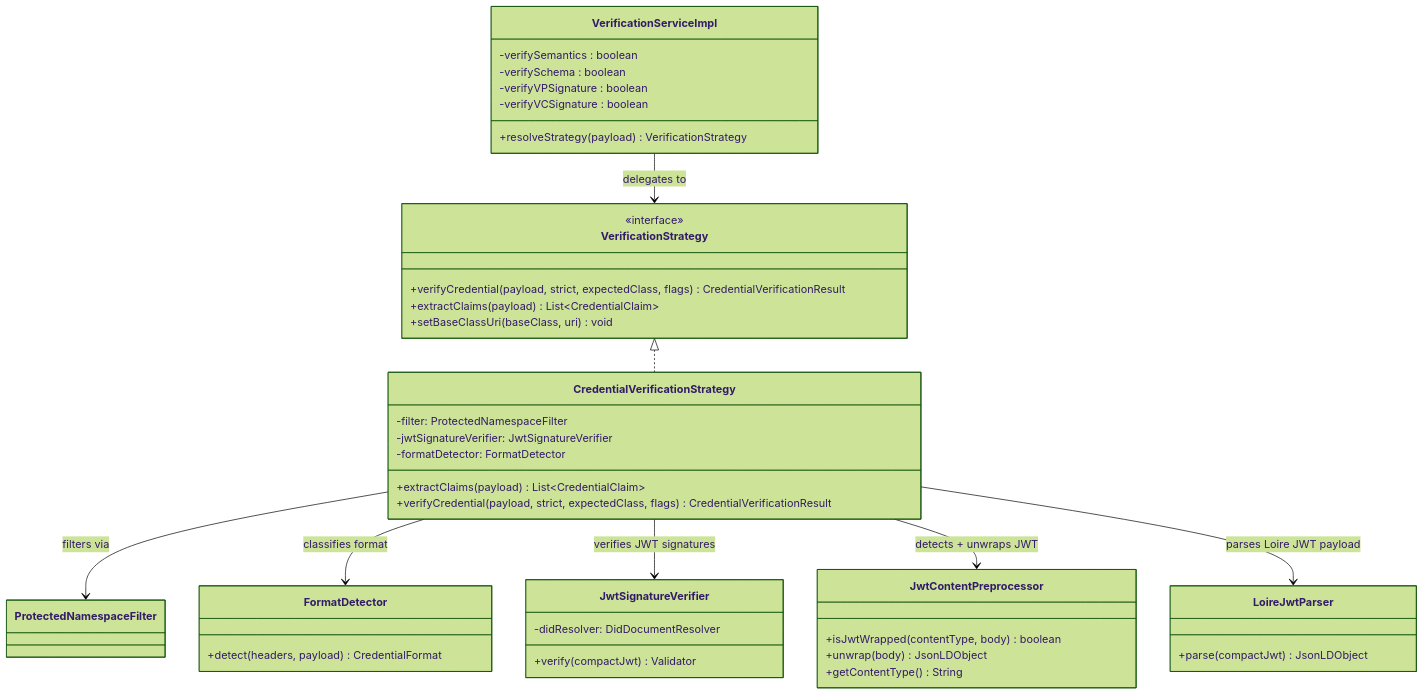
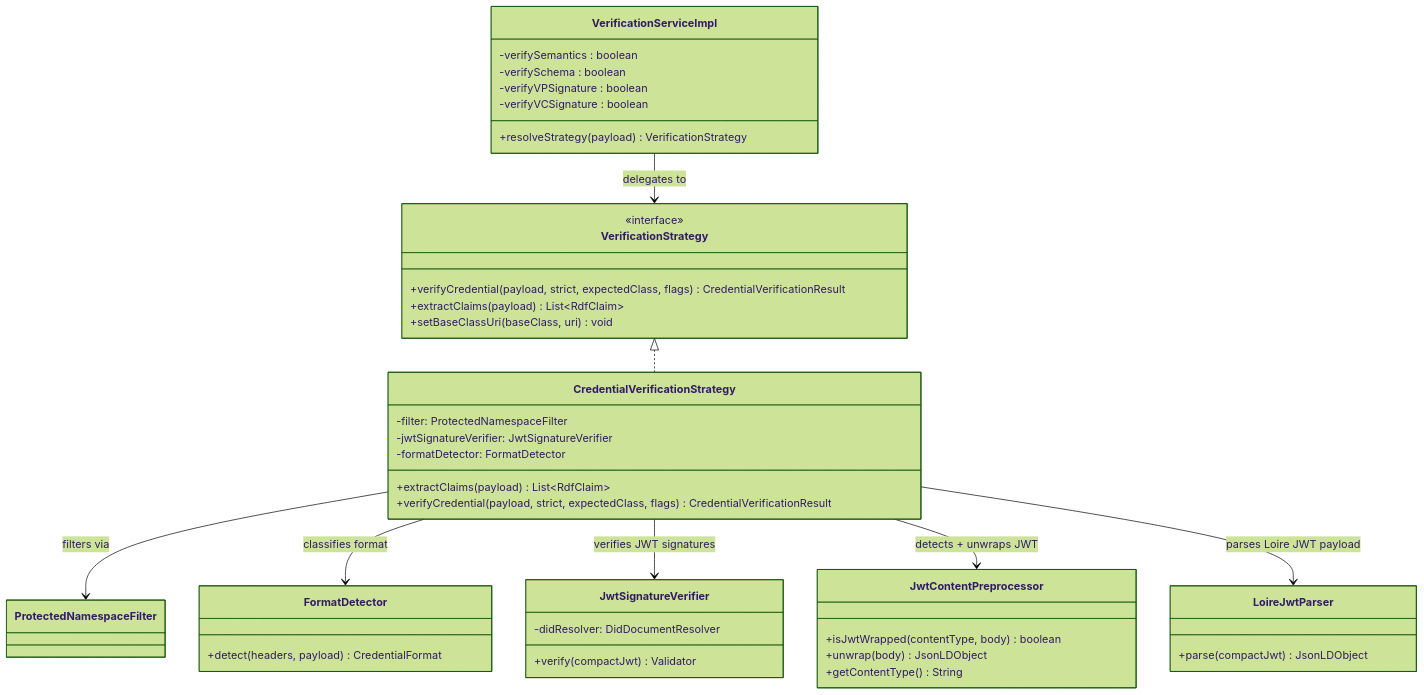
The second of 12 diagrams in federated-catalogue/src/docs/architecture/chapters/05_building_block_view.adoc (federated-catalogue-enhancements-2026/docs), drawn with Mermaid (forest theme) before and after one commit. The commit also changed other lines of this file and 1 other file, not shown here.

First line of the commit message:
feat(CAT-FR-GD-02): rename CredentialClaim to RdfClaim

```diff
--- a/federated-catalogue/src/docs/architecture/chapters/05_building_block_view.adoc
+++ b/federated-catalogue/src/docs/architecture/chapters/05_building_block_view.adoc
@@ -271,46 +271,46 @@
 [mermaid, width=2000]
 ....
 classDiagram
     class VerificationServiceImpl {
         -verifySemantics : boolean
         -verifySchema : boolean
         -verifyVPSignature : boolean
         -verifyVCSignature : boolean
         +resolveStrategy(payload) VerificationStrategy
     }
     class VerificationStrategy {
         <<interface>>
         +verifyCredential(payload, strict, expectedClass, flags) CredentialVerificationResult
-        +extractClaims(payload) List~CredentialClaim~
+        +extractClaims(payload) List~RdfClaim~
         +setBaseClassUri(baseClass, uri) void
     }
     class CredentialVerificationStrategy {
         -filter: ProtectedNamespaceFilter
         -jwtSignatureVerifier: JwtSignatureVerifier
         -formatDetector: FormatDetector
-        +extractClaims(payload) List~CredentialClaim~
+        +extractClaims(payload) List~RdfClaim~
         +verifyCredential(payload, strict, expectedClass, flags) CredentialVerificationResult
     }
     class FormatDetector {
         +detect(headers, payload) CredentialFormat
     }
     class JwtContentPreprocessor {
         +isJwtWrapped(contentType, body) boolean
         +unwrap(body) JsonLDObject
         +getContentType() String
     }
     class JwtSignatureVerifier {
         -didResolver: DidDocumentResolver
         +verify(compactJwt) Validator
     }
     class LoireJwtParser {
         +parse(compactJwt) JsonLDObject
     }
     VerificationServiceImpl --> VerificationStrategy : delegates to
     VerificationStrategy <|.. CredentialVerificationStrategy
     CredentialVerificationStrategy --> ProtectedNamespaceFilter : filters via
     CredentialVerificationStrategy --> FormatDetector : classifies format
     CredentialVerificationStrategy --> JwtSignatureVerifier : verifies JWT signatures
     CredentialVerificationStrategy --> JwtContentPreprocessor : detects + unwraps JWT
     CredentialVerificationStrategy --> LoireJwtParser : parses Loire JWT payload
 ....
```
